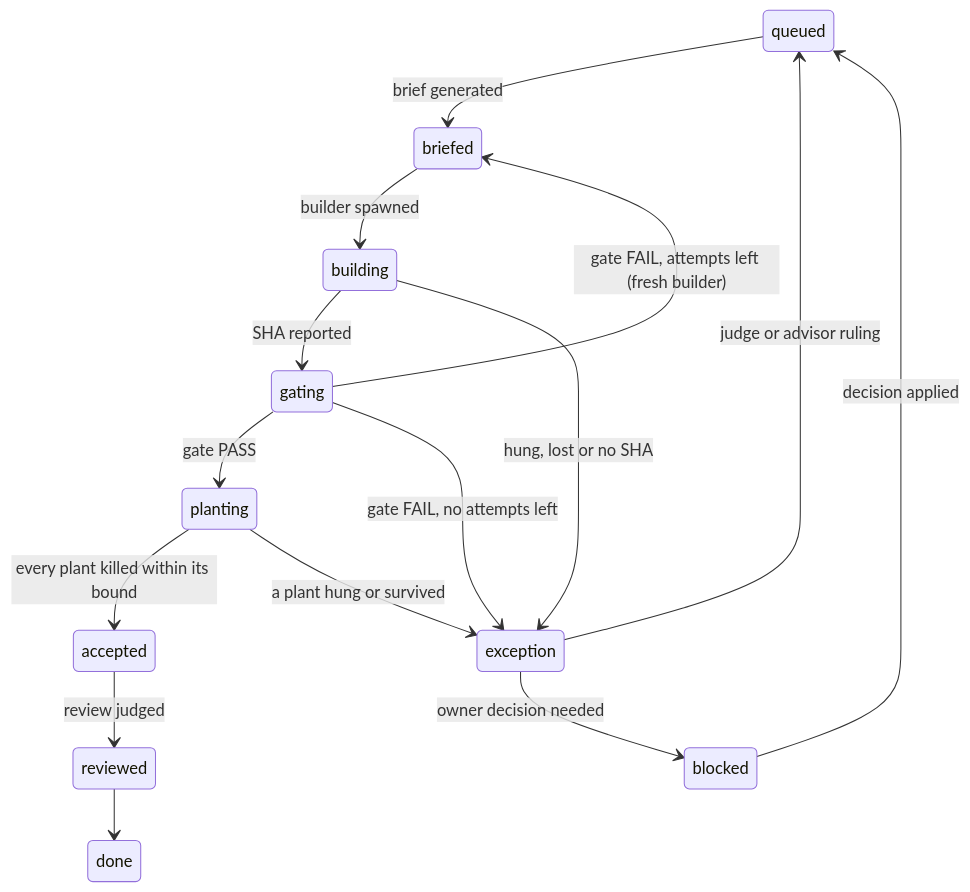
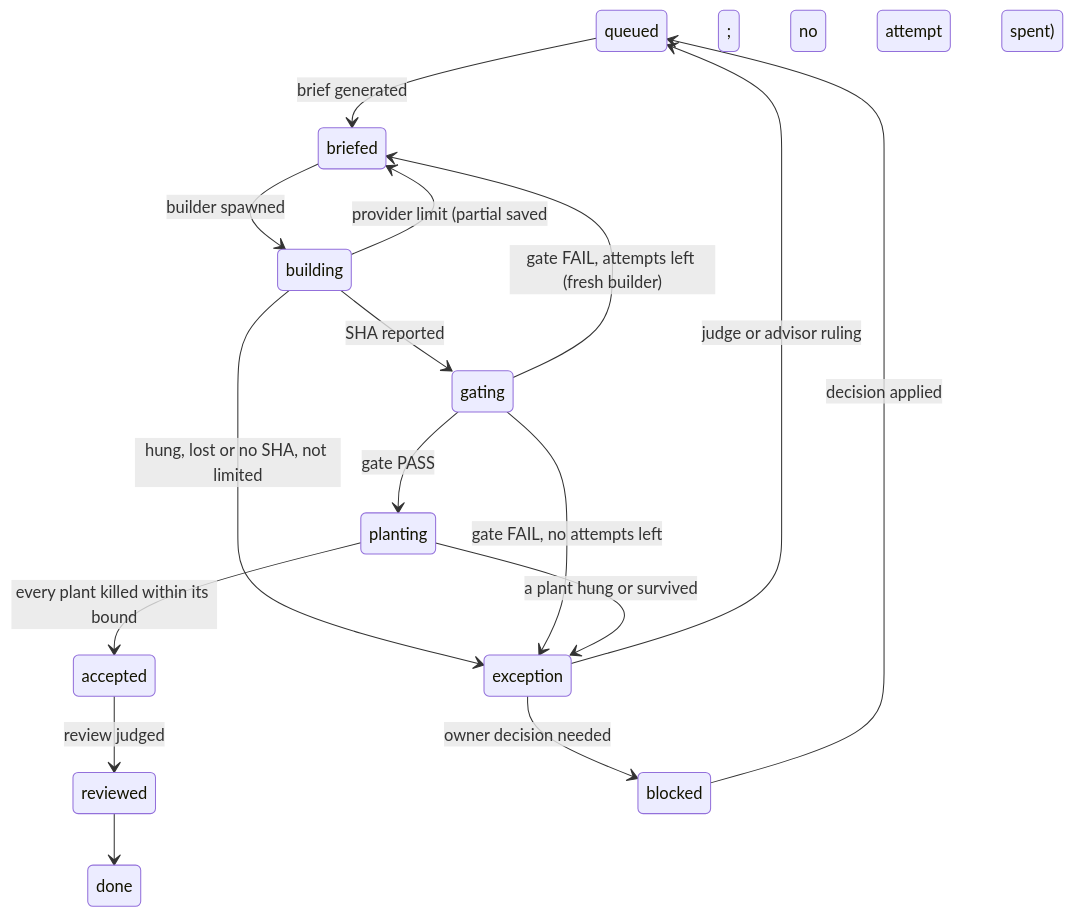
The diagram in research/agister/research/Build-loop orchestrator.md (igor1309/ai-labs), drawn with Mermaid before and after one commit. The commit also changed other lines of this file, not shown here.

````diff
--- a/research/agister/research/Build-loop orchestrator.md
+++ b/research/agister/research/Build-loop orchestrator.md
@@ -44,17 +44,18 @@
 ```mermaid
 stateDiagram-v2
   queued --> briefed: brief generated
   briefed --> building: builder spawned
   building --> gating: SHA reported
-  building --> exception: hung, lost or no SHA
+  building --> briefed: provider limit (partial saved; no attempt spent)
+  building --> exception: hung, lost or no SHA, not limited
   gating --> planting: gate PASS
   gating --> briefed: gate FAIL, attempts left (fresh builder)
   gating --> exception: gate FAIL, no attempts left
   planting --> accepted: every plant killed within its bound
   planting --> exception: a plant hung or survived
   accepted --> reviewed: review judged
   reviewed --> done
   exception --> queued: judge or advisor ruling
   exception --> blocked: owner decision needed
   blocked --> queued: decision applied
 ```
````
